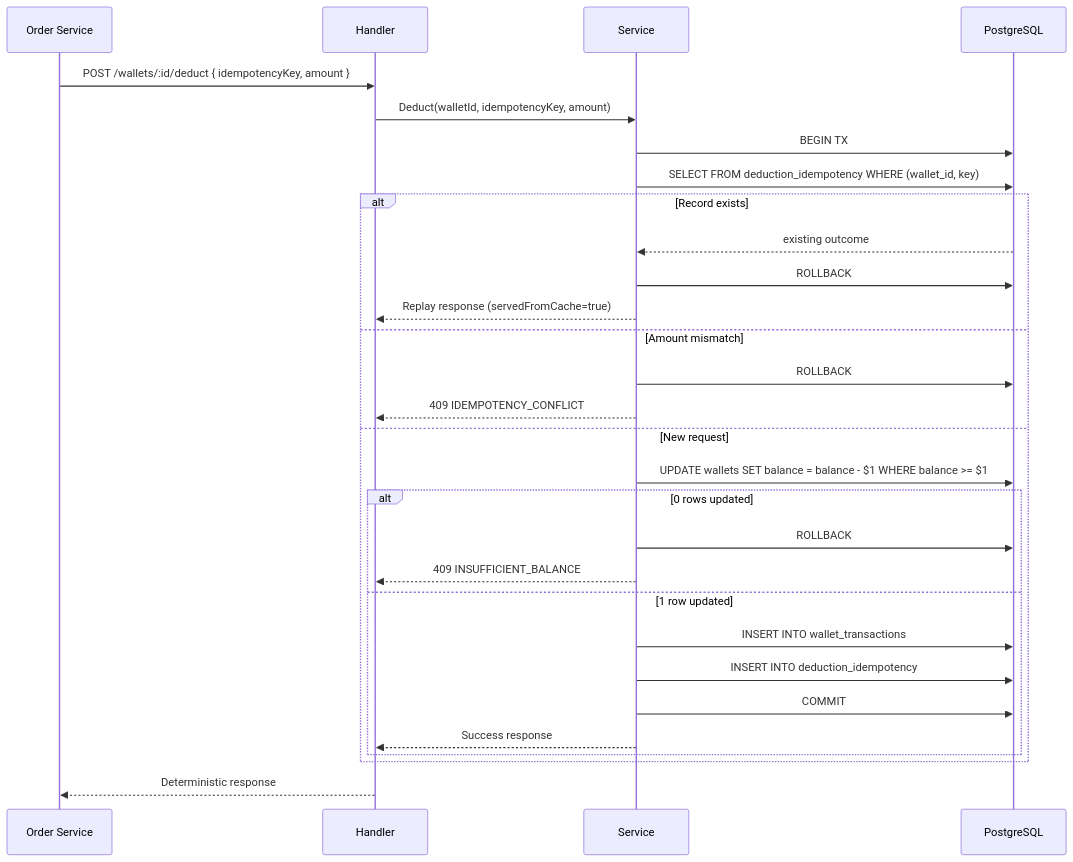
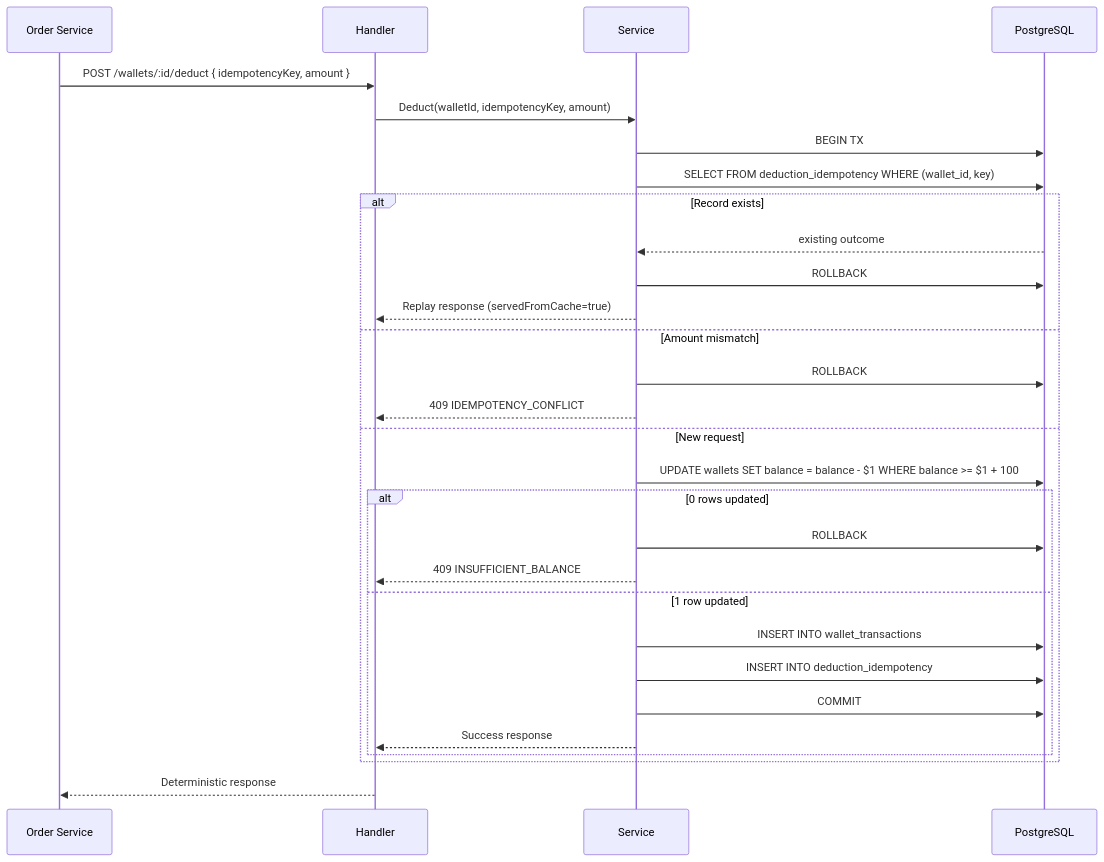
The seventh of 8 diagrams in docs/HLD.md (Saurabhgarg19/wallet-service), drawn with Mermaid before and after one commit. The commit also changed other lines of this file and 1 other file, not shown here.

````diff
--- a/docs/HLD.md
+++ b/docs/HLD.md
@@ -266,32 +276,32 @@
 ```mermaid
 sequenceDiagram
     participant OrderSvc as Order Service
     participant Handler
     participant Service
     participant DB as PostgreSQL
 
     OrderSvc->>Handler: POST /wallets/:id/deduct { idempotencyKey, amount }
     Handler->>Service: Deduct(walletId, idempotencyKey, amount)
     Service->>DB: BEGIN TX
     Service->>DB: SELECT FROM deduction_idempotency WHERE (wallet_id, key)
     alt Record exists
         DB-->>Service: existing outcome
         Service->>DB: ROLLBACK
         Service-->>Handler: Replay response (servedFromCache=true)
     else Amount mismatch
         Service->>DB: ROLLBACK
         Service-->>Handler: 409 IDEMPOTENCY_CONFLICT
     else New request
-        Service->>DB: UPDATE wallets SET balance = balance - $1 WHERE balance >= $1
+        Service->>DB: UPDATE wallets SET balance = balance - $1 WHERE balance >= $1 + 100
         alt 0 rows updated
             Service->>DB: ROLLBACK
             Service-->>Handler: 409 INSUFFICIENT_BALANCE
         else 1 row updated
             Service->>DB: INSERT INTO wallet_transactions
             Service->>DB: INSERT INTO deduction_idempotency
             Service->>DB: COMMIT
             Service-->>Handler: Success response
         end
     end
     Handler-->>OrderSvc: Deterministic response
 ```
````
